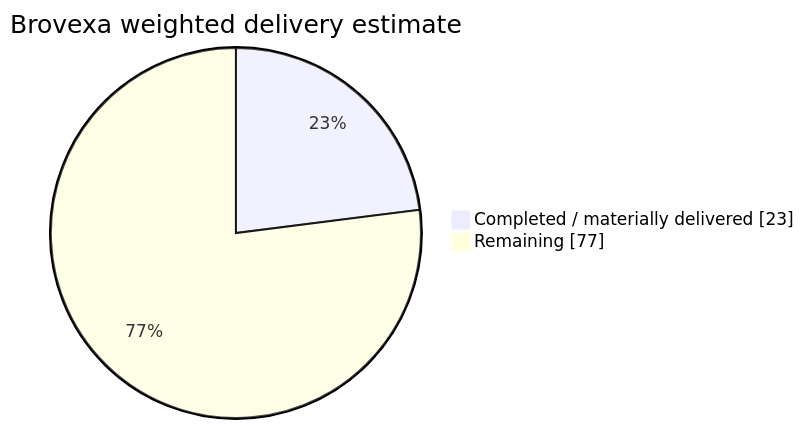
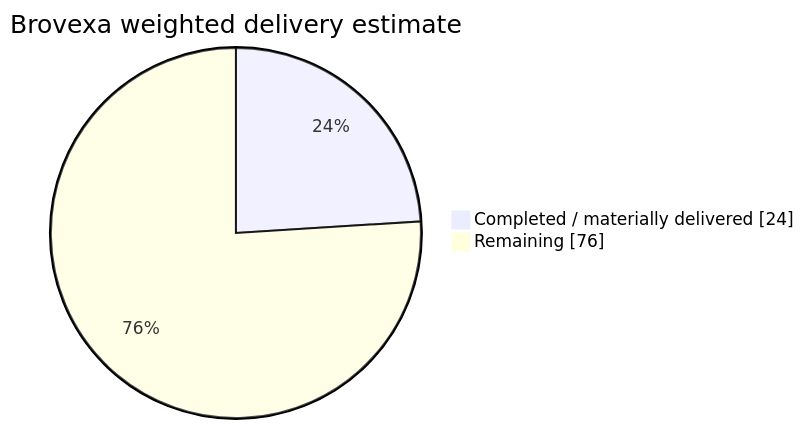
The diagram in README.md (Vertex-Systems-Network/brovexa), drawn with Mermaid before and after one commit. The commit also changed other lines of this file, not shown here.

````diff
--- a/README.md
+++ b/README.md
@@ -17,6 +17,6 @@
 ```mermaid
 pie showData
     title Brovexa weighted delivery estimate
-    "Completed / materially delivered" : 23
-    "Remaining" : 77
+    "Completed / materially delivered" : 24
+    "Remaining" : 76
 ```
````
